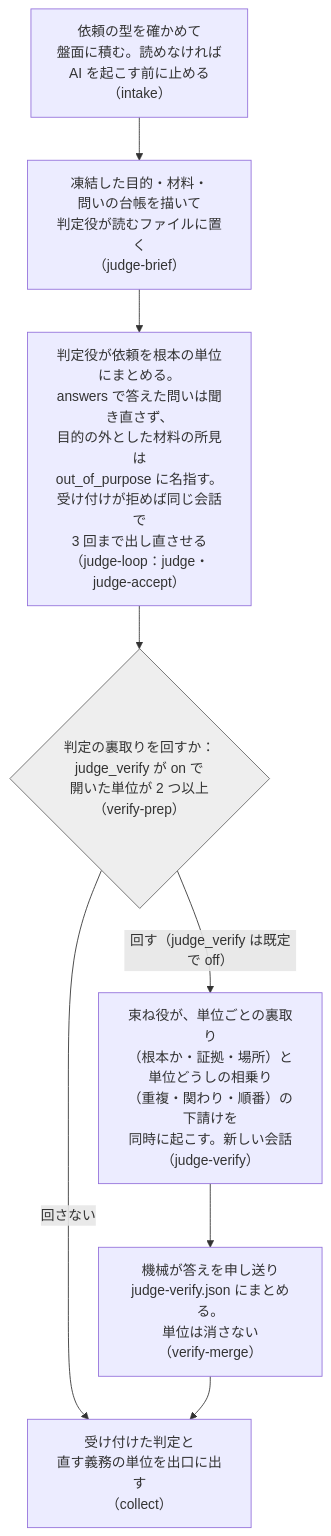
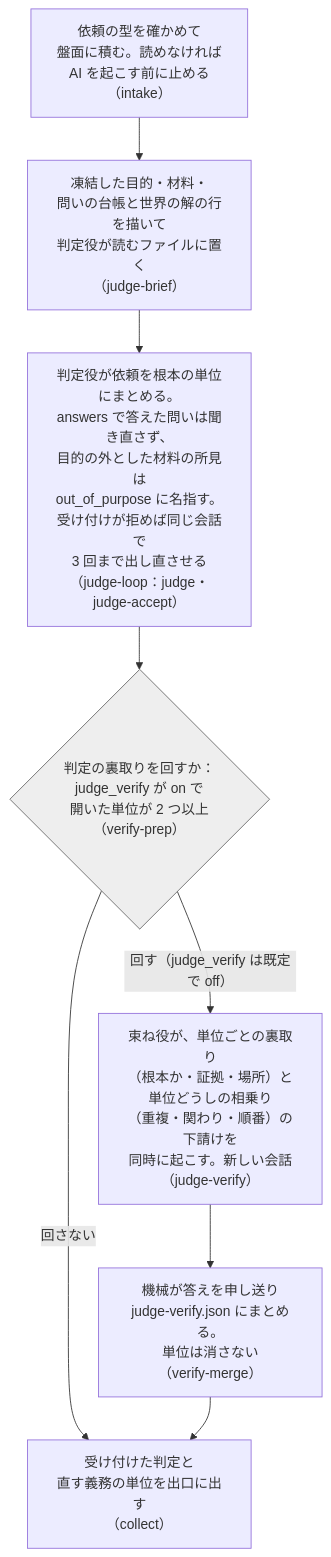
The third of 8 diagrams in works/docs/darkfactory-flow.md (raiki61/claude-plugins), drawn with Mermaid before and after one commit. The commit also changed other lines of this file, not shown here.

Commit message:
docs(works): 流れの図に世界の解の段（目的の後・判定の前）と中の図を足し、目的の means の分け・判定と構造の目と修正案と事前審査が行を読むこと・直す前の関所の世界の解の軸を書き、予定の先例の調べと設計の関所を今の形に置き換える（計画 world-solution の W6〜W9）

````diff
--- a/works/docs/darkfactory-flow.md
+++ b/works/docs/darkfactory-flow.md
@@ -95,13 +109,13 @@
 ```mermaid
 flowchart TD
-  JI["依頼の型を確かめて<br/>盤面に積む。読めなければ<br/>AI を起こす前に止める<br/>（intake）"] --> JB["凍結した目的・材料・<br/>問いの台帳を描いて<br/>判定役が読むファイルに置く<br/>（judge-brief）"]
+  JI["依頼の型を確かめて<br/>盤面に積む。読めなければ<br/>AI を起こす前に止める<br/>（intake）"] --> JB["凍結した目的・材料・<br/>問いの台帳と世界の解の行を描いて<br/>判定役が読むファイルに置く<br/>（judge-brief）"]
   JB --> JL["判定役が依頼を根本の単位にまとめる。<br/>answers で答えた問いは聞き直さず、<br/>目的の外とした材料の所見は<br/>out_of_purpose に名指す。<br/>受け付けが拒めば同じ会話で<br/>3 回まで出し直させる<br/>（judge-loop：judge・judge-accept）"]
   JL --> VP{"判定の裏取りを回すか：<br/>judge_verify が on で<br/>開いた単位が 2 つ以上<br/>（verify-prep）"}
   VP -- "回す（judge_verify は既定で off）" --> JV["束ね役が、単位ごとの裏取り<br/>（根本か・証拠・場所）と<br/>単位どうしの相乗り<br/>（重複・関わり・順番）の下請けを<br/>同時に起こす。新しい会話<br/>（judge-verify）"]
   JV --> VM["機械が答えを申し送り<br/>judge-verify.json にまとめる。<br/>単位は消さない<br/>（verify-merge）"]
   VP -- "回さない" --> JC
   VM --> JC["受け付けた判定と<br/>直す義務の単位を出口に出す<br/>（collect）"]
 
   classDef mdec fill:#eeeeee,stroke:#666
   class VP mdec
 ```
````
